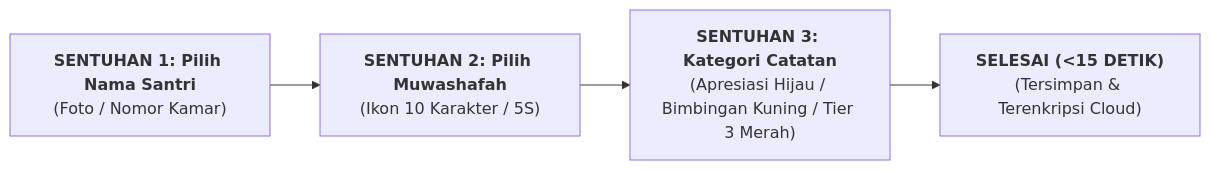
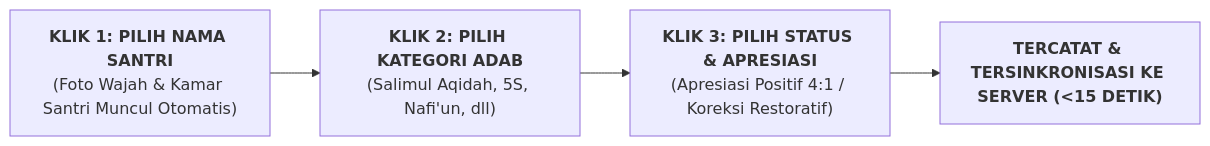
Before and after one commit to wandiapriliyandi/tumbuh: the diagram in BOOK Series 2/Volume-03-Sistem-Asesmen-Perkembangan-Karakter/Bab-02-Observasi-Alami-dan-Logbook-Digital/03-Arsitektur-Logbook-Digital-PBIS.md, drawn with Mermaid. The commit also changed other lines of this file and 61 other files, not shown here.

````diff
--- a/BOOK Series 2/Volume-03-Sistem-Asesmen-Perkembangan-Karakter/Bab-02-Observasi-Alami-dan-Logbook-Digital/03-Arsitektur-Logbook-Digital-PBIS.md
+++ b/BOOK Series 2/Volume-03-Sistem-Asesmen-Perkembangan-Karakter/Bab-02-Observasi-Alami-dan-Logbook-Digital/03-Arsitektur-Logbook-Digital-PBIS.md
@@ -11,6 +11,6 @@
 ```mermaid
 flowchart LR
-    S1["<b>SENTUHAN 1: Pilih Nama Santri</b><br/>(Foto / Nomor Kamar)"] --> S2["<b>SENTUHAN 2: Pilih Muwashafah</b><br/>(Ikon 10 Karakter / 5S)"]
-    S2 --> S3["<b>SENTUHAN 3: Kategori Catatan</b><br/>(Apresiasi Hijau / Bimbingan Kuning / Tier 3 Merah)"]
-    S3 --> S4["<b>SELESAI (<15 DETIK)</b><br/>(Tersimpan & Terenkripsi Cloud)"]
+    PilihSantri["<b>KLIK 1: PILIH NAMA SANTRI</b><br/>(Foto Wajah & Kamar Santri Muncul Otomatis)"] --> PilihKategori["<b>KLIK 2: PILIH KATEGORI ADAB</b><br/>(Salimul Aqidah, 5S, Nafi'un, dll)"]
+    PilihKategori --> PilihTindakan["<b>KLIK 3: PILIH STATUS & APRESIASI</b><br/>(Apresiasi Positif 4:1 / Koreksi Restoratif)"]
+    PilihTindakan --> Selesai["<b>TERCATAT & TERSINKRONISASI KE SERVER (<15 DETIK)</b>"]
 ```
````
